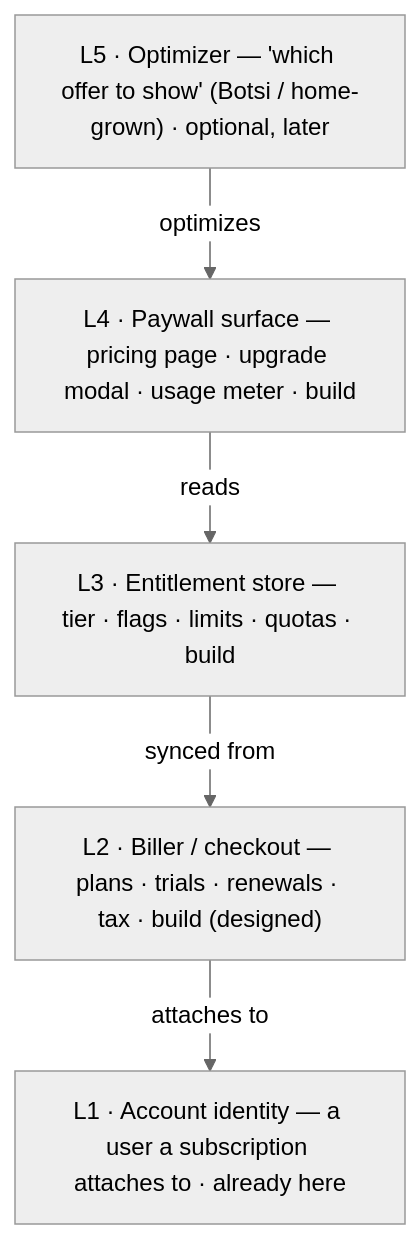
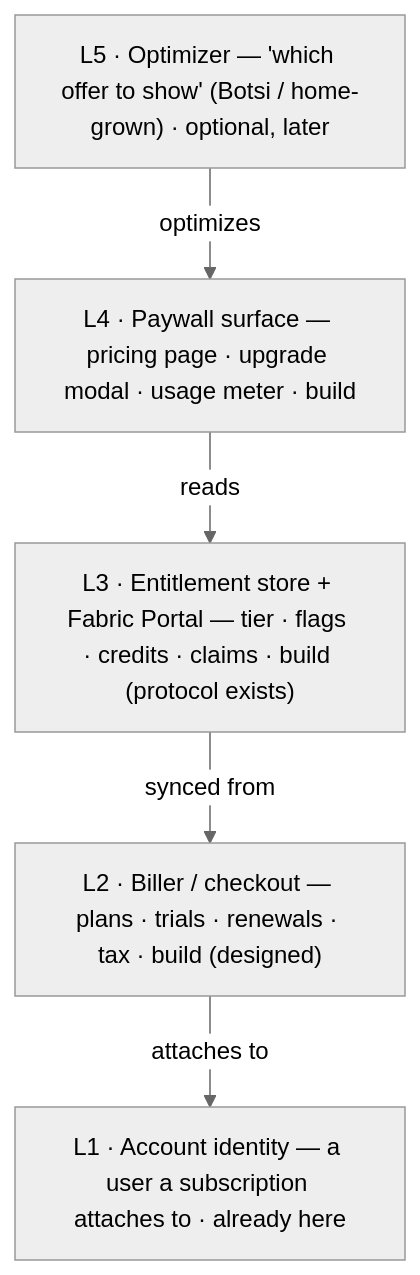
One commit to ObliviousOdin/fabric changed the first of 3 diagrams in website/docs/deploy/paywall-ideation.md. Above: the diagram before and after it, drawn with Mermaid (neutral theme). The commit also changed other lines of this file, not shown here.

First line of the commit message:
docs(deploy): re-home paywall plan on a first-party Fabric Portal

````diff
--- a/website/docs/deploy/paywall-ideation.md
+++ b/website/docs/deploy/paywall-ideation.md
@@ -68,9 +70,9 @@
 ```mermaid
 flowchart TB
   L5["L5 · Optimizer — 'which offer to show' (Botsi / home-grown) · optional, later"]
   L4["L4 · Paywall surface — pricing page · upgrade modal · usage meter · build"]
-  L3["L3 · Entitlement store — tier · flags · limits · quotas · build"]
+  L3["L3 · Entitlement store + Fabric Portal — tier · flags · credits · claims · build (protocol exists)"]
   L2["L2 · Biller / checkout — plans · trials · renewals · tax · build (designed)"]
   L1["L1 · Account identity — a user a subscription attaches to · already here"]
   L5 -->|optimizes| L4 -->|reads| L3 -->|synced from| L2 -->|attaches to| L1
 ```
````
